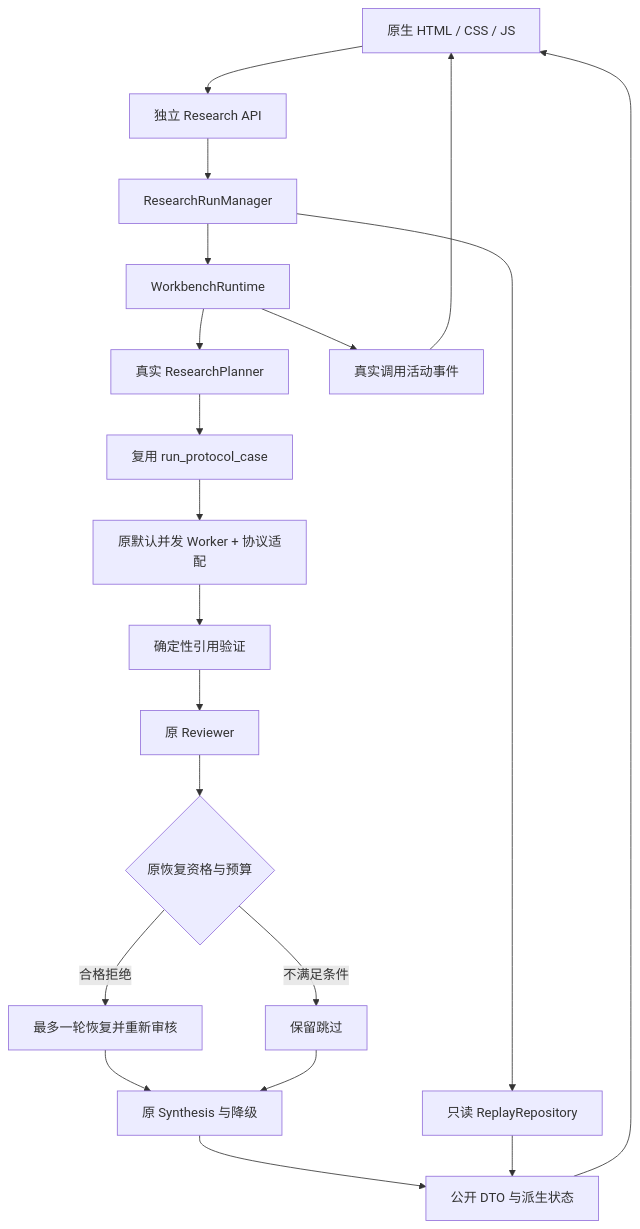
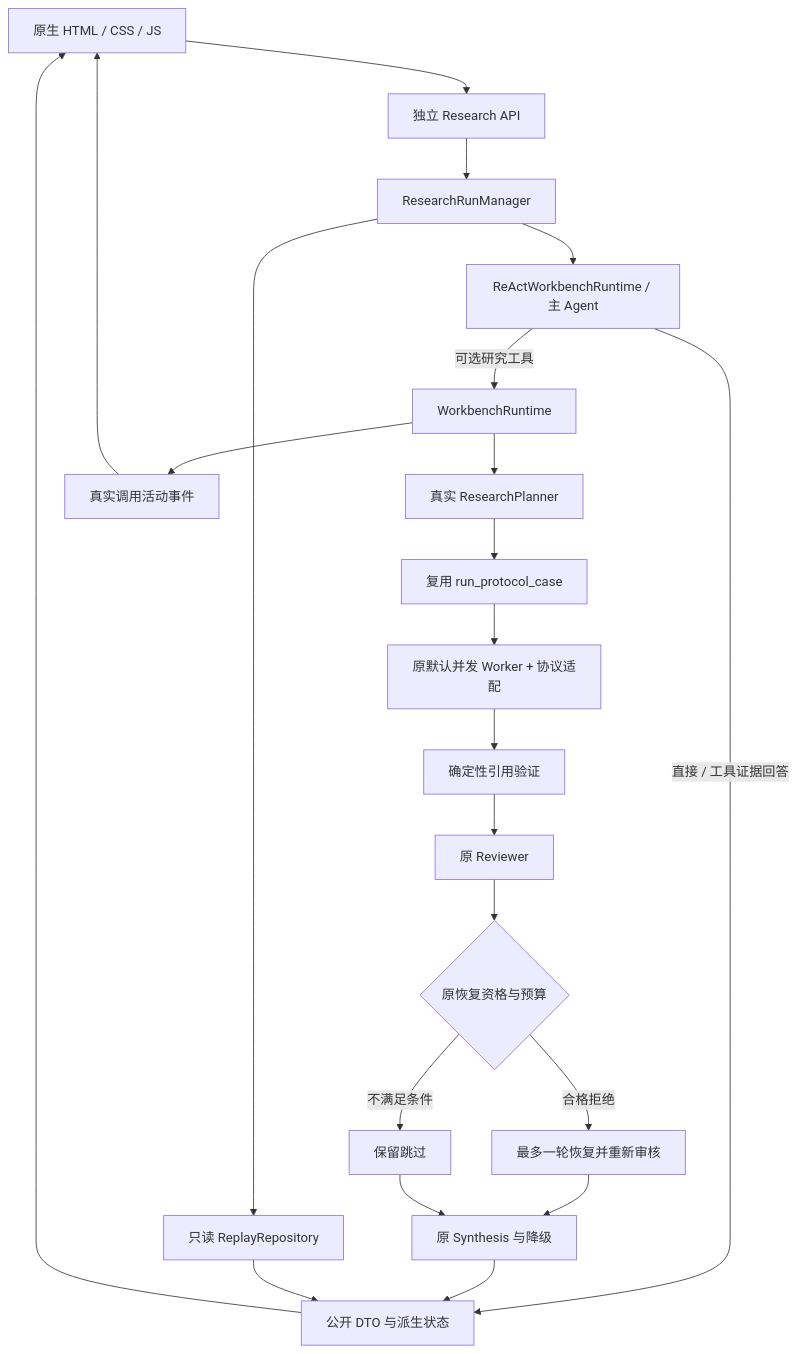
Before and after one commit to lei421852-oss/Personal-Research-Agent: the diagram in docs/architecture/workbench.md, drawn with Mermaid. The commit also changed other lines of this file and 7 other files, not shown here.

Commit message:
docs: finalize architecture and quickstart

````diff
--- a/docs/architecture/workbench.md
+++ b/docs/architecture/workbench.md
@@ -5,22 +5,24 @@
 ```mermaid
 flowchart TD
     Web[原生 HTML / CSS / JS] --> API[独立 Research API]
     API --> Manager[ResearchRunManager]
-    Manager --> Live[WorkbenchRuntime]
+    Manager --> Main[ReActWorkbenchRuntime / 主 Agent]
+    Main -->|可选研究工具| Live[WorkbenchRuntime]
+    Main -->|直接 / 工具证据回答| Presenter
     Manager --> Replay[只读 ReplayRepository]
     Live --> Planner[真实 ResearchPlanner]
     Planner --> Chain[复用 run_protocol_case]
     Chain --> Workers[原默认并发 Worker + 协议适配]
     Workers --> Validate[确定性引用验证]
     Validate --> Review[原 Reviewer]
     Review --> Eligibility{原恢复资格与预算}
     Eligibility -->|合格拒绝| Recovery[最多一轮恢复并重新审核]
     Eligibility -->|不满足条件| Skip[保留跳过]
     Recovery --> Synthesis[原 Synthesis 与降级]
     Skip --> Synthesis
     Synthesis --> Presenter[公开 DTO 与派生状态]
     Replay --> Presenter
     Presenter --> Web
     Live --> Activity[真实调用活动事件]
     Activity --> Web
 ```
````
